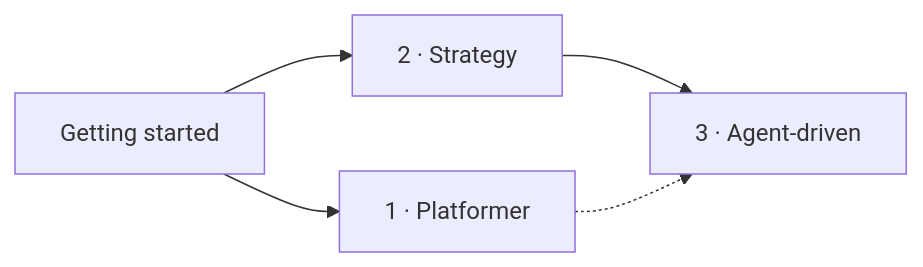
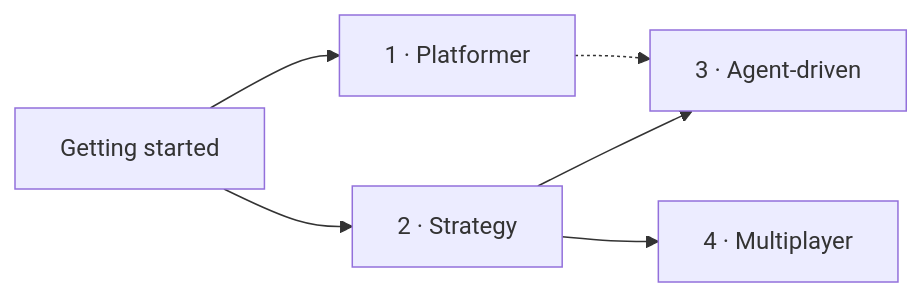
One commit to arashrasoulzadeh/agentic-game-engine changed the diagram in docs/tutorials/README.md. Above: the diagram before and after it, drawn with Mermaid. The commit also changed other lines of this file and 12 other files, not shown here.

````diff
--- a/docs/tutorials/README.md
+++ b/docs/tutorials/README.md
@@ -15,7 +16,8 @@
 ```mermaid
 flowchart LR
     GS[Getting started] --> T1[1 · Platformer]
     GS --> T2[2 · Strategy]
     T2 --> T3[3 · Agent-driven]
+    T2 --> T4[4 · Multiplayer]
     T1 -.-> T3
 ```
````
